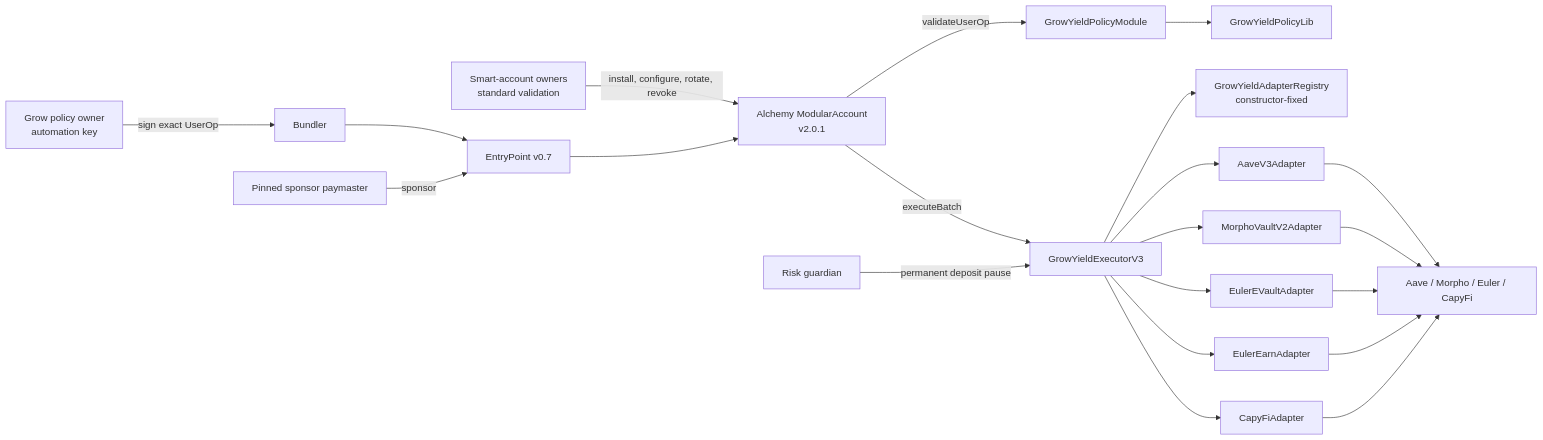
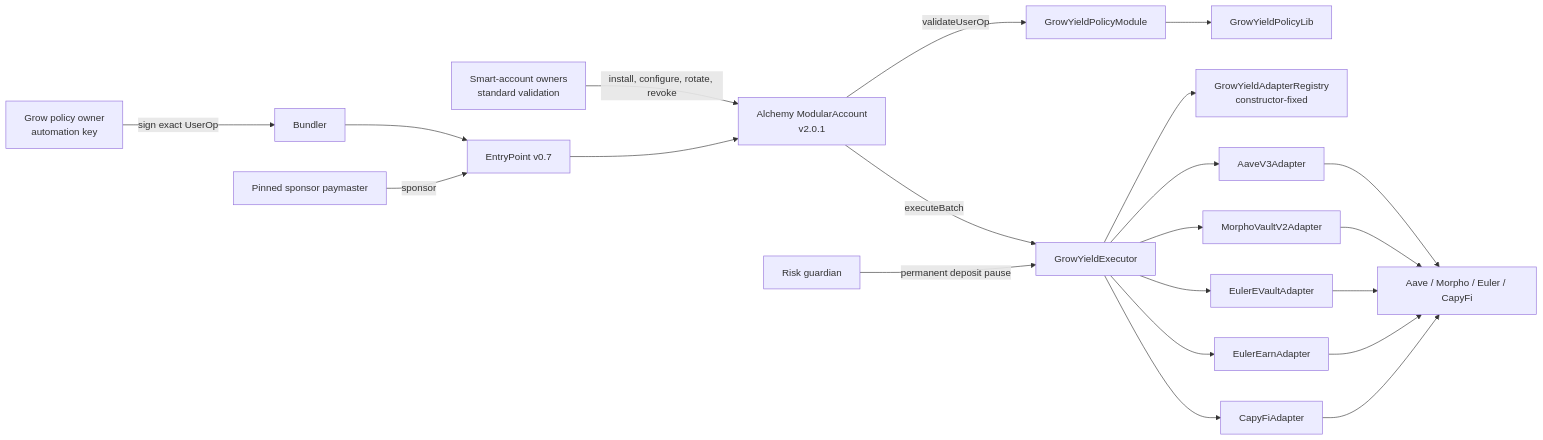
Before and after one commit to getgrowapp/smart-contracts: the first of 4 diagrams in docs/ARCHITECTURE.md, drawn with Mermaid. The commit also changed other lines of this file, not shown here.

````diff
--- a/docs/ARCHITECTURE.md
+++ b/docs/ARCHITECTURE.md
@@ -20,41 +20,41 @@
 ```mermaid
 flowchart LR
     Owners["Smart-account owners\nstandard validation"]
     PolicyOwner["Grow policy owner\nautomation key"]
     Bundler[Bundler]
     EP["EntryPoint v0.7"]
     Account["Alchemy ModularAccount\nv2.0.1"]
     Policy["GrowYieldPolicyModule"]
     PolicyLib["GrowYieldPolicyLib"]
-    Executor["GrowYieldExecutorV3"]
+    Executor["GrowYieldExecutor"]
     Registry["GrowYieldAdapterRegistry\nconstructor-fixed"]
     Guardian["Risk guardian"]
     Aave[AaveV3Adapter]
     Morpho[MorphoVaultV2Adapter]
     EulerEVK[EulerEVaultAdapter]
     EulerEarn[EulerEarnAdapter]
     Capy[CapyFiAdapter]
     Venues["Aave / Morpho / Euler / CapyFi"]
     Paymaster["Pinned sponsor paymaster"]
 
     Owners -->|install, configure, rotate, revoke| Account
     PolicyOwner -->|sign exact UserOp| Bundler
     Bundler --> EP
     Paymaster -->|sponsor| EP
     EP --> Account
     Account -->|validateUserOp| Policy
     Policy --> PolicyLib
     Account -->|executeBatch| Executor
     Executor --> Registry
     Executor --> Aave
     Executor --> Morpho
     Executor --> EulerEVK
     Executor --> EulerEarn
     Executor --> Capy
     Aave --> Venues
     Morpho --> Venues
     EulerEVK --> Venues
     EulerEarn --> Venues
     Capy --> Venues
     Guardian -->|permanent deposit pause| Executor
 ```
````
